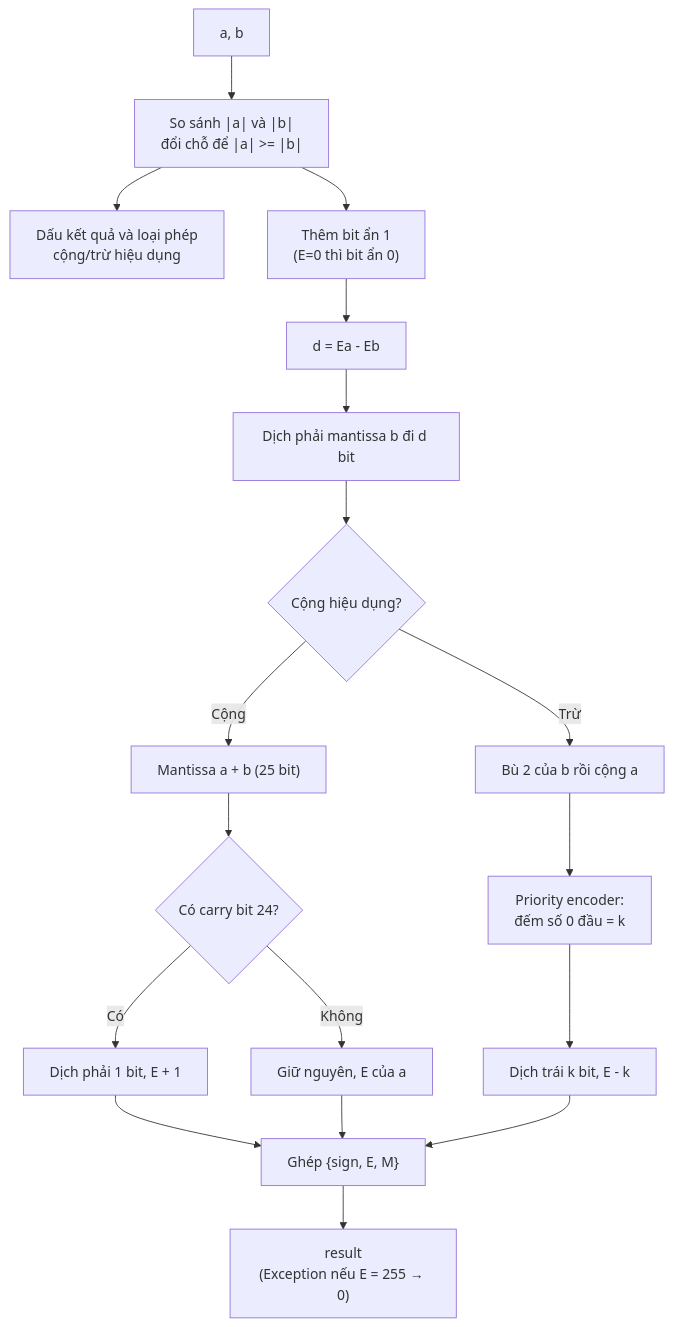
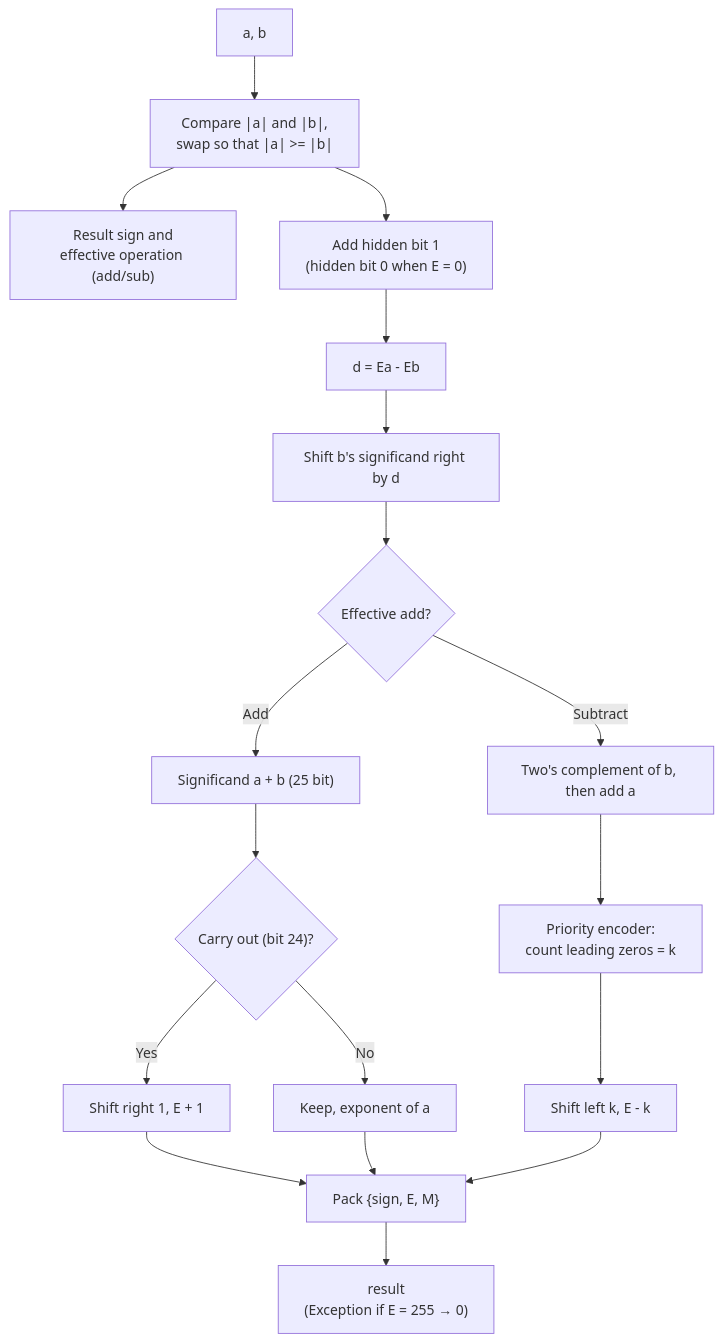
One commit to tdviet2011/ALU-PLOATING-POINT changed the third of 6 diagrams in README.md. Above: the diagram before and after it, drawn with Mermaid. The commit also changed other lines of this file and 9 other files, not shown here.

````diff
--- a/README.md
+++ b/README.md
@@ -92,20 +101,20 @@
 ```mermaid
 flowchart TD
-    IN["a, b"] --> SWAP["So sánh |a| và |b|<br/>đổi chỗ để |a| >= |b|"]
-    SWAP --> SGN["Dấu kết quả và loại phép<br/>cộng/trừ hiệu dụng"]
-    SWAP --> HID["Thêm bit ẩn 1<br/>(E=0 thì bit ẩn 0)"]
+    IN["a, b"] --> SWAP["Compare |a| and |b|,<br/>swap so that |a| >= |b|"]
+    SWAP --> SGN["Result sign and<br/>effective operation (add/sub)"]
+    SWAP --> HID["Add hidden bit 1<br/>(hidden bit 0 when E = 0)"]
     HID --> DIFF["d = Ea - Eb"]
-    DIFF --> SHIFT["Dịch phải mantissa b đi d bit"]
-    SHIFT --> OP{"Cộng hiệu dụng?"}
-    OP -->|Cộng| SUM["Mantissa a + b (25 bit)"]
-    OP -->|Trừ| COMP["Bù 2 của b rồi cộng a"]
-    SUM --> CARRY{"Có carry bit 24?"}
-    CARRY -->|Có| NORM1["Dịch phải 1 bit, E + 1"]
-    CARRY -->|Không| NORM2["Giữ nguyên, E của a"]
-    COMP --> PE["Priority encoder:<br/>đếm số 0 đầu = k"]
-    PE --> NORM3["Dịch trái k bit, E - k"]
-    NORM1 --> OUT["Ghép {sign, E, M}"]
+    DIFF --> SHIFT["Shift b's significand right by d"]
+    SHIFT --> OP{"Effective add?"}
+    OP -->|Add| SUM["Significand a + b (25 bit)"]
+    OP -->|Subtract| COMP["Two's complement of b, then add a"]
+    SUM --> CARRY{"Carry out (bit 24)?"}
+    CARRY -->|Yes| NORM1["Shift right 1, E + 1"]
+    CARRY -->|No| NORM2["Keep, exponent of a"]
+    COMP --> PE["Priority encoder:<br/>count leading zeros = k"]
+    PE --> NORM3["Shift left k, E - k"]
+    NORM1 --> OUT["Pack {sign, E, M}"]
     NORM2 --> OUT
     NORM3 --> OUT
-    OUT --> RES["result<br/>(Exception nếu E = 255 → 0)"]
+    OUT --> RES["result<br/>(Exception if E = 255 → 0)"]
 ```
````
